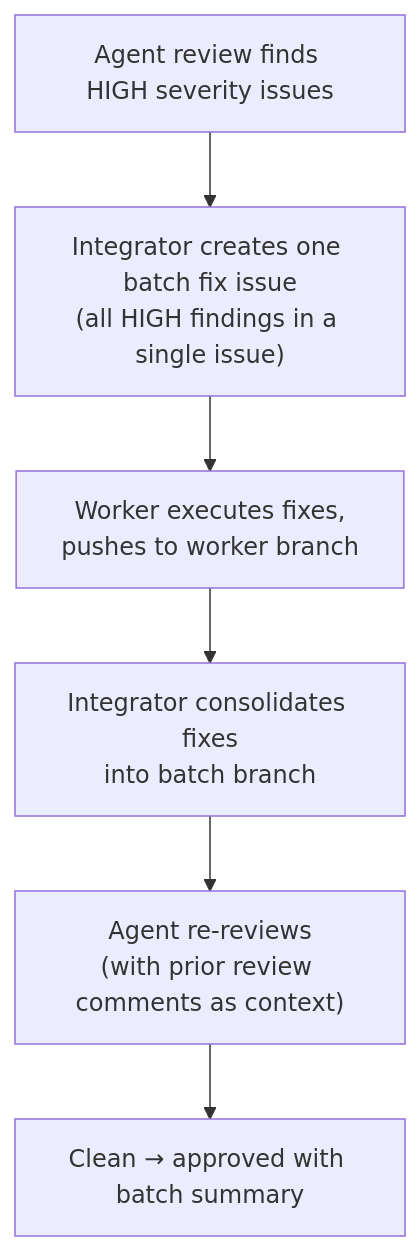
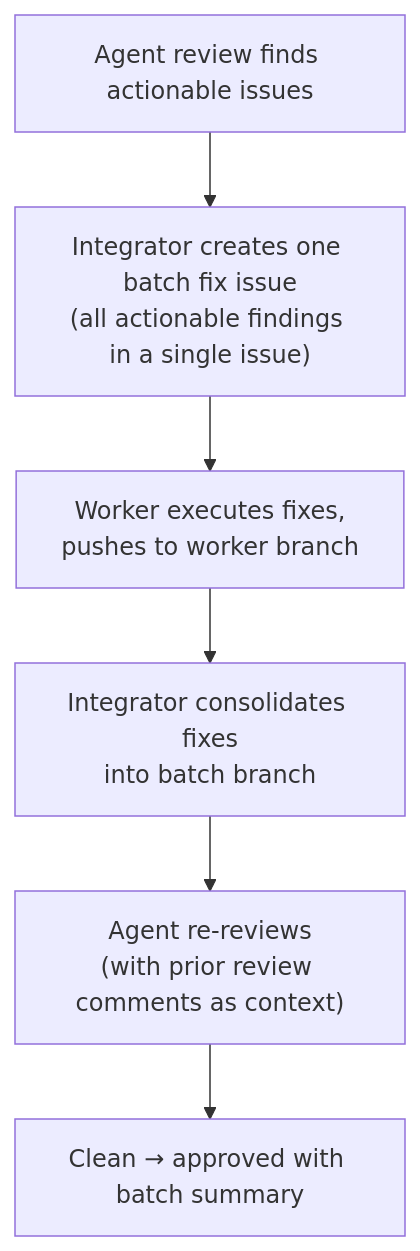
The fifth of 11 diagrams in docs/design/execution.md (Herd-OS/herd), drawn with Mermaid before and after one commit. The commit also changed other lines of this file and 4 other files, not shown here.

````diff
--- a/docs/design/execution.md
+++ b/docs/design/execution.md
@@ -535,8 +546,8 @@
 ```mermaid
 graph TD
-    A["Agent review finds HIGH severity issues"] --> B["Integrator creates one batch fix issue<br>(all HIGH findings in a single issue)"]
+    A["Agent review finds actionable issues"] --> B["Integrator creates one batch fix issue<br>(all actionable findings in a single issue)"]
     B --> C["Worker executes fixes,<br>pushes to worker branch"]
     C --> D["Integrator consolidates fixes<br>into batch branch"]
     D --> E["Agent re-reviews<br>(with prior review comments as context)"]
     E --> F["Clean → approved with batch summary"]
 ```
````
